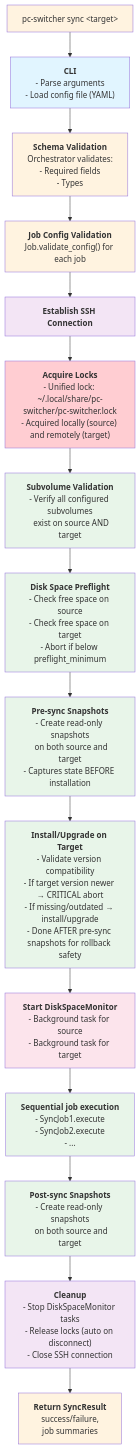
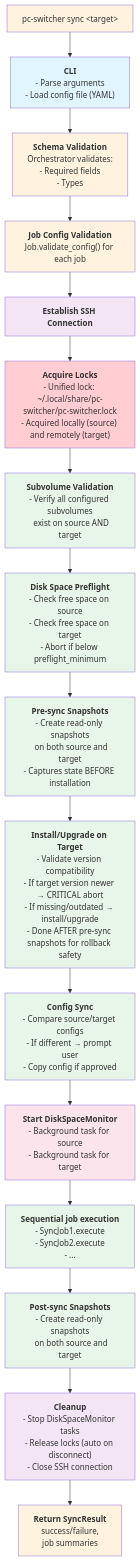
One commit to flaksit/pc-switcher changed diagram 15 of 20 in specs/001-foundation/architecture.md. Above: the diagram before and after it, drawn with Mermaid. The commit also changed other lines of this file and 3 other files, not shown here.

First line of the commit message:
feat: sync config from source to target during installation

````diff
--- a/specs/001-foundation/architecture.md
+++ b/specs/001-foundation/architecture.md
@@ -1077,63 +1077,67 @@
 ```mermaid
 graph TD
     Start["pc-switcher sync &lt;target&gt;"]
 
     CLI["<b>CLI</b><br/>- Parse arguments<br/>- Load config file (YAML)"]
 
     SchemaVal["<b>Schema Validation</b><br/>Orchestrator validates:<br/>- Required fields<br/>- Types"]
 
     JobConfigVal["<b>Job Config Validation</b><br/>Job.validate_config() for each job"]
 
     Connect["<b>Establish SSH Connection</b>"]
 
     AcquireLocks["<b>Acquire Locks</b><br/>- Unified lock: ~/.local/share/pc-switcher/pc-switcher.lock<br/>- Acquired locally (source) and remotely (target)"]
 
     SubvolCheck["<b>Subvolume Validation</b><br/>- Verify all configured subvolumes<br/>  exist on source AND target"]
 
     DiskPreflight["<b>Disk Space Preflight</b><br/>- Check free space on source<br/>- Check free space on target<br/>- Abort if below preflight_minimum"]
 
     SnapPre["<b>Pre-sync Snapshots</b><br/>- Create read-only snapshots<br/>  on both source and target<br/>- Captures state BEFORE installation"]
 
     InstallTarget["<b>Install/Upgrade on Target</b><br/>- Validate version compatibility<br/>- If target version newer → CRITICAL abort<br/>- If missing/outdated → install/upgrade<br/>- Done AFTER pre-sync snapshots for rollback safety"]
 
+    ConfigSync["<b>Config Sync</b><br/>- Compare source/target configs<br/>- If different → prompt user<br/>- Copy config if approved"]
+
     StartDiskMon["<b>Start DiskSpaceMonitor</b><br/>- Background task for source<br/>- Background task for target"]
 
     SyncJobs["<b>Sequential job execution</b><br/>- SyncJob1.execute<br/>- SyncJob2.execute<br/>- ..."]
 
     SnapPost["<b>Post-sync Snapshots</b><br/>- Create read-only snapshots<br/>  on both source and target"]
 
     Cleanup["<b>Cleanup</b><br/>- Stop DiskSpaceMonitor tasks<br/>- Release locks (auto on disconnect)<br/>- Close SSH connection"]
 
     Result["<b>Return SyncResult</b><br/>success/failure,<br/>job summaries"]
 
     Start --> CLI
     CLI --> SchemaVal
     SchemaVal --> JobConfigVal
     JobConfigVal --> Connect
     Connect --> AcquireLocks
     AcquireLocks --> SubvolCheck
     SubvolCheck --> DiskPreflight
     DiskPreflight --> SnapPre
     SnapPre --> InstallTarget
-    InstallTarget --> StartDiskMon
+    InstallTarget --> ConfigSync
+    ConfigSync --> StartDiskMon
     StartDiskMon --> SyncJobs
     SyncJobs --> SnapPost
     SnapPost --> Cleanup
     Cleanup --> Result
 
     style Start fill:#fff3e0
     style CLI fill:#e1f5ff
     style SchemaVal fill:#fff3e0
     style JobConfigVal fill:#fff3e0
     style Connect fill:#f3e5f5
     style AcquireLocks fill:#ffcdd2
     style SubvolCheck fill:#e8f5e9
     style DiskPreflight fill:#e8f5e9
     style SnapPre fill:#e8f5e9
     style InstallTarget fill:#e8f5e9
+    style ConfigSync fill:#e8f5e9
     style StartDiskMon fill:#fce4ec
     style SyncJobs fill:#e8f5e9
     style SnapPost fill:#e8f5e9
     style Cleanup fill:#f3e5f5
     style Result fill:#fff3e0
 ```
````
